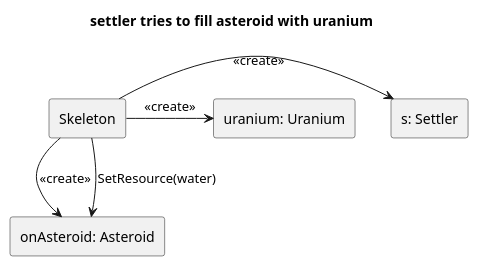
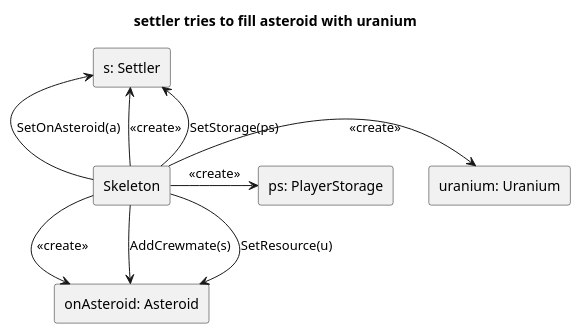
The diagram in uml/plantuml/settler tries to fill asteroid with uranium/settler tries to fill asteroid with uranium init.plantuml (triszt4n/projlab_holy_oil), drawn with PlantUML before and after one commit. The commit also changed 11 other files, not shown here.

```diff
--- a/uml/plantuml/settler tries to fill asteroid with uranium/settler tries to fill asteroid with uranium init.plantuml
+++ b/uml/plantuml/settler tries to fill asteroid with uranium/settler tries to fill asteroid with uranium init.plantuml
@@ -1,19 +1,24 @@
 @startuml
 
 skinparam SequenceLifeLineBackgroundColor LightYellow
 
 title "settler tries to fill asteroid with uranium"
 
 rectangle "s: Settler" as settler
 rectangle "onAsteroid: Asteroid" as onAsteroid
 rectangle "uranium: Uranium" as uranium
 rectangle "Skeleton" as skeleton
+rectangle "ps: PlayerStorage" as storage
 
 skeleton->settler : <<create>>
 skeleton->onAsteroid: <<create>>
 skeleton->uranium: <<create>>
+skeleton->storage: <<create>>
 
-skeleton-down->onAsteroid: SetResource(water)
+skeleton-down->onAsteroid: SetResource(u)
+skeleton-up->settler: SetOnAsteroid(a)
+skeleton->onAsteroid: AddCrewmate(s)
+skeleton->settler: SetStorage(ps)
 
 
 @enduml
```
